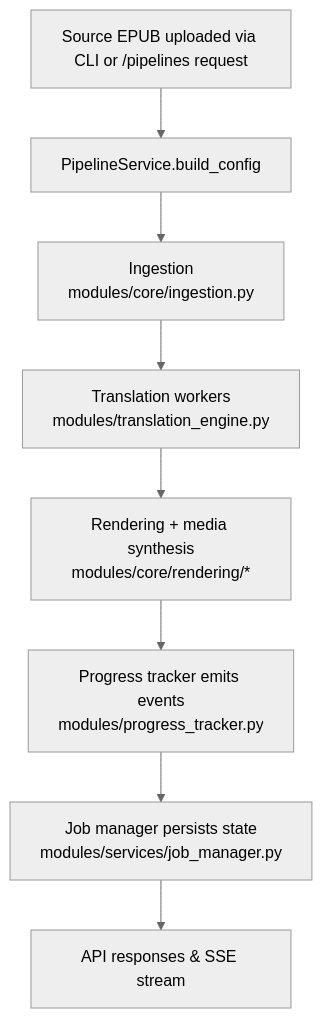
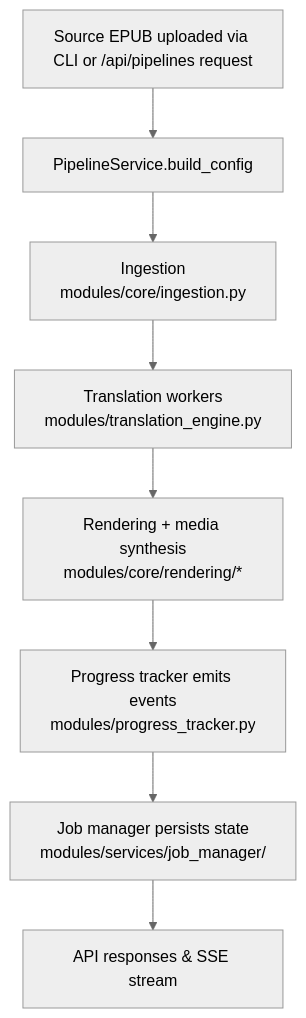
One commit to fifosk/ebook-tools changed the diagram in docs/architecture.md. Above: the diagram before and after it, drawn with Mermaid (neutral theme). The commit also changed other lines of this file and 14 other files, not shown here.

````diff
--- a/docs/architecture.md
+++ b/docs/architecture.md
@@ -120,11 +117,11 @@
 ```mermaid
 flowchart TD
-    A[Source EPUB uploaded via CLI or /pipelines request]
+    A[Source EPUB uploaded via CLI or /api/pipelines request]
     A --> B[PipelineService.build_config]
     B --> C[Ingestion\nmodules/core/ingestion.py]
     C --> D[Translation workers\nmodules/translation_engine.py]
     D --> E[Rendering + media synthesis\nmodules/core/rendering/*]
     E --> F[Progress tracker emits events\nmodules/progress_tracker.py]
-    F --> G[Job manager persists state\nmodules/services/job_manager.py]
+    F --> G[Job manager persists state\nmodules/services/job_manager/]
     G --> H[API responses & SSE stream]
 ```
````
